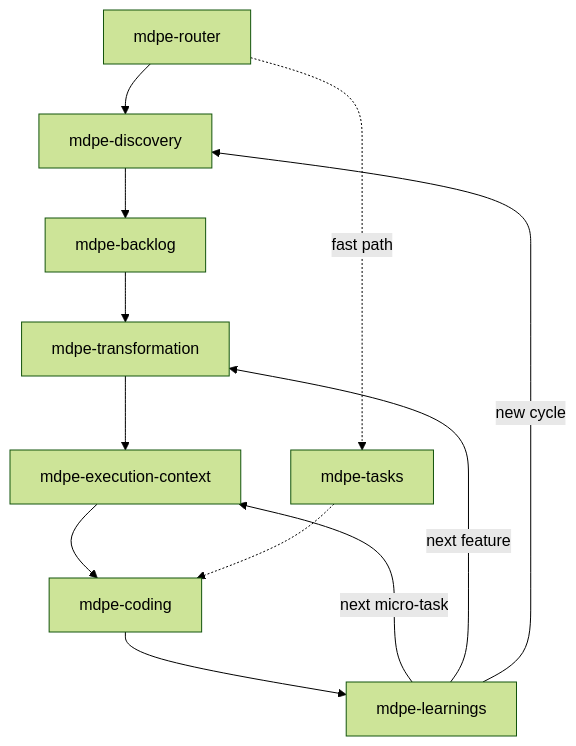
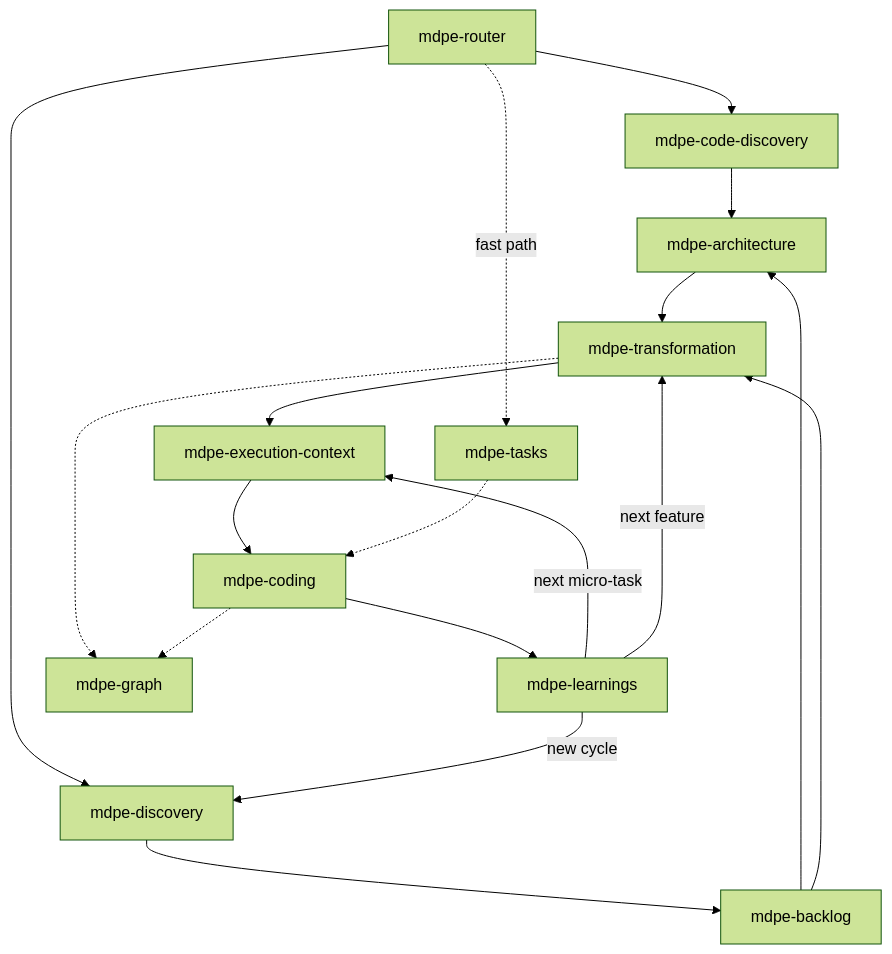
Before and after one commit to kallebelins/mdpe-skills: the diagram in skills/mdpe-router/SKILL.md, drawn with Mermaid (forest theme). The commit also changed other lines of this file and 17 other files, not shown here.

First line of the commit message:
feat(skills): add brownfield discovery, architecture decisions, and traceability graph skills

````diff
--- a/skills/mdpe-router/SKILL.md
+++ b/skills/mdpe-router/SKILL.md
@@ -55,14 +56,20 @@
 ```mermaid
 graph TD
-    R[mdpe-router] --> D[mdpe-discovery]
+    R[mdpe-router] --> CF[mdpe-code-discovery]
+    R --> D[mdpe-discovery]
+    CF --> AR[mdpe-architecture]
     D --> B[mdpe-backlog]
-    B --> T[mdpe-transformation]
+    B --> AR
+    AR --> T[mdpe-transformation]
+    B --> T
     T --> EC[mdpe-execution-context]
     EC --> C[mdpe-coding]
     C --> L[mdpe-learnings]
     L -->|next micro-task| EC
     L -->|next feature| T
     L -->|new cycle| D
+    T -.-> GR[mdpe-graph]
+    C -.-> GR
     R -.fast path.-> MT[mdpe-tasks]
     MT -.-> C
 ```
````
